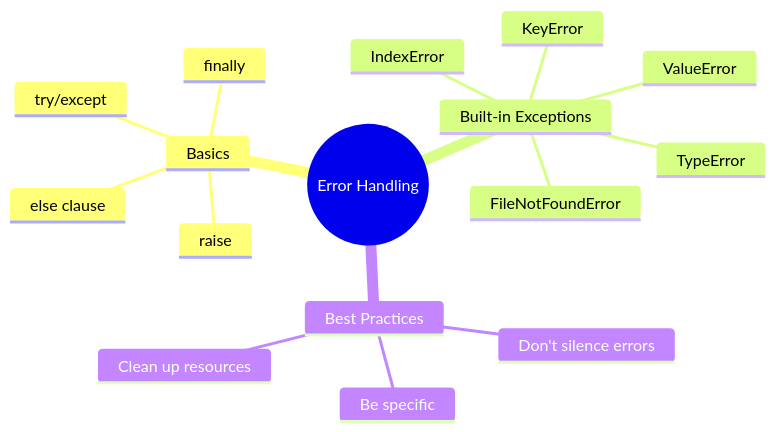
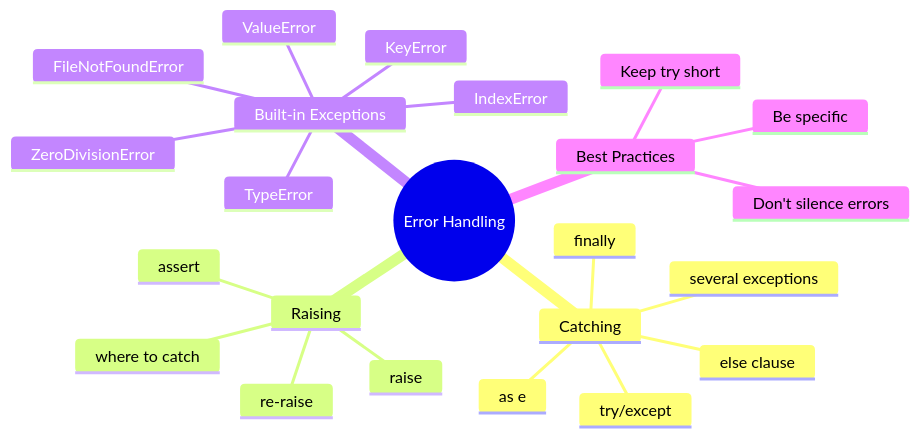
The diagram in errors/_docs/_table_of_contents.md (mAbduqayum/python-workbook), drawn with Mermaid before and after one commit. The commit also changed other lines of this file and 24 other files, not shown here.

````diff
--- a/errors/_docs/_table_of_contents.md
+++ b/errors/_docs/_table_of_contents.md
@@ -3,19 +3,26 @@
 ```mermaid
 mindmap
     root((Error Handling))
-        Basics
+        Catching
             try/except
+            several exceptions
+            as e
+            else clause
             finally
-            else clause
+        Raising
             raise
+            re-raise
+            where to catch
+            assert
         Built-in Exceptions
             ValueError
             TypeError
             KeyError
             IndexError
+            ZeroDivisionError
             FileNotFoundError
         Best Practices
             Be specific
+            Keep try short
             Don't silence errors
-            Clean up resources
 ```
````
